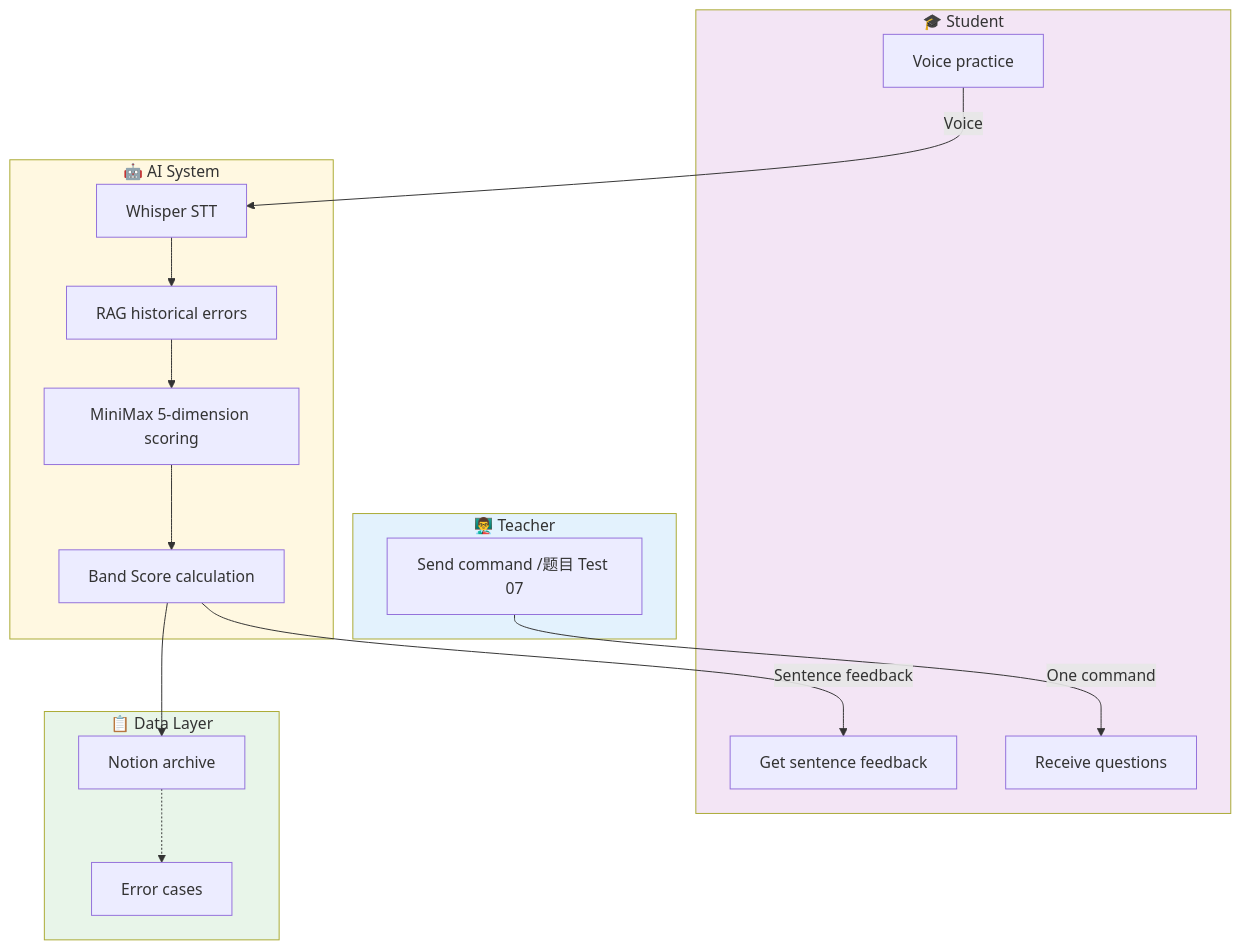
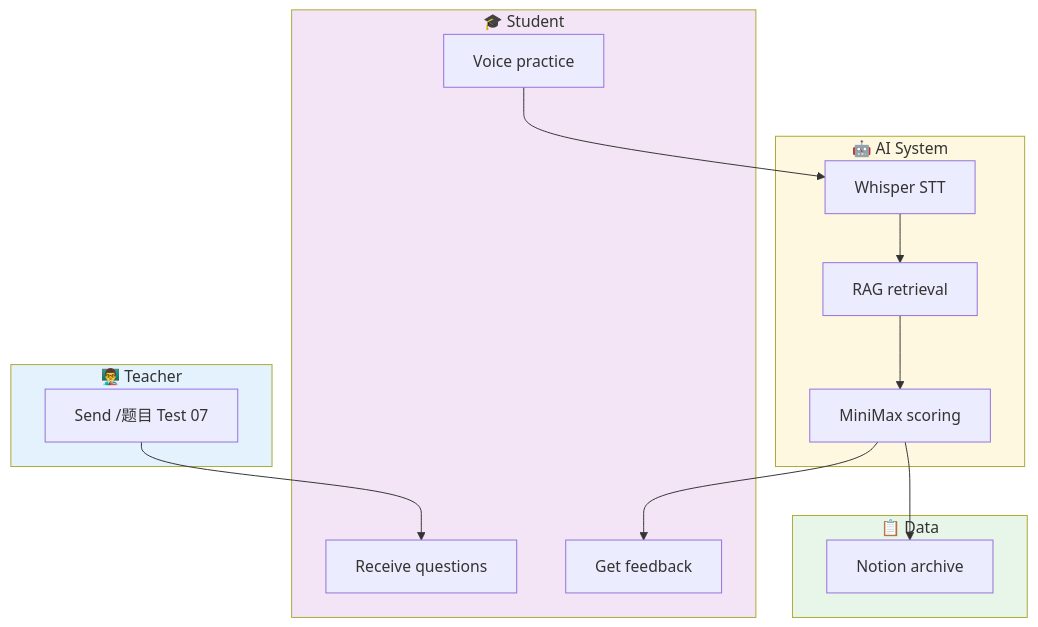
Before and after one commit to KaichenCurry/ielts-speaking-ai: the diagram in README_en.md, drawn with Mermaid. The commit also changed other lines of this file and 1 other file, not shown here.

````diff
--- a/README_en.md
+++ b/README_en.md
@@ -25,36 +51,32 @@
 ```mermaid
 flowchart TD
     subgraph Teacher["👨‍🏫 Teacher"]
-        A["Send command /题目 Test 07"]
+        A["Send /题目 Test 07"]
     end
 
     subgraph Student["🎓 Student"]
         B["Receive questions"]
         C["Voice practice"]
-        D["Get sentence feedback"]
+        D["Get feedback"]
     end
 
     subgraph AISystem["🤖 AI System"]
         E["Whisper STT"]
-        F["RAG historical errors"]
-        G["MiniMax 5-dimension scoring"]
-        H["Band Score calculation"]
+        F["RAG retrieval"]
+        G["MiniMax scoring"]
     end
 
-    subgraph Data["📋 Data Layer"]
-        I["Notion archive"]
-        J["Error cases"]
+    subgraph Data["📋 Data"]
+        H["Notion archive"]
     end
 
-    A -->|"One command"| B
-    C -->|"Voice"| E
-    E --> F --> G --> H
-    H -->|"Sentence feedback"| D
-    H --> I
-    I -.-> J
+    A --> B
+    C --> E --> F --> G
+    G --> D
+    G --> H
 
     style Teacher fill:#e3f2fd
     style Student fill:#f3e5f5
     style AISystem fill:#fff8e1
     style Data fill:#e8f5e9
 ```
````
